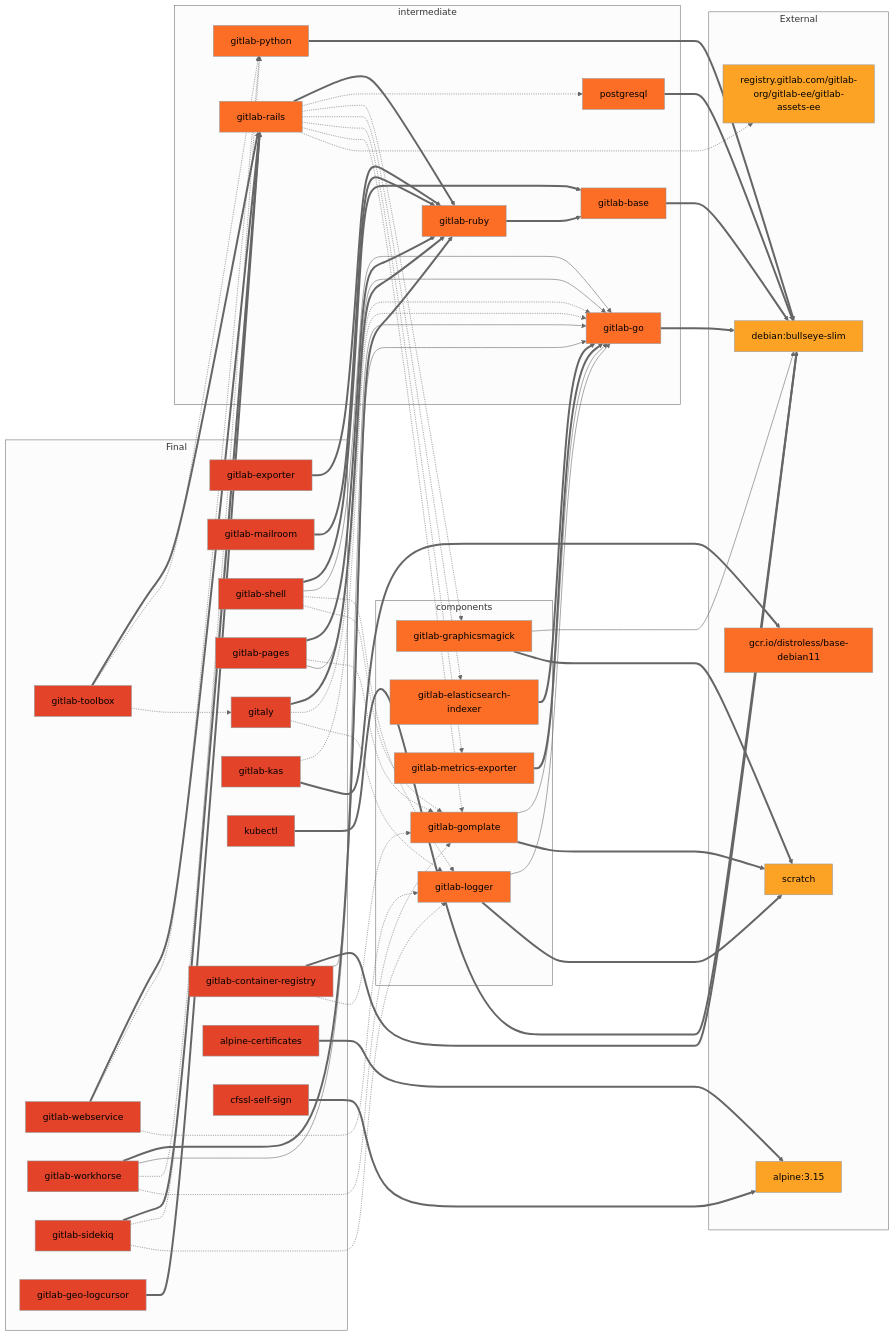
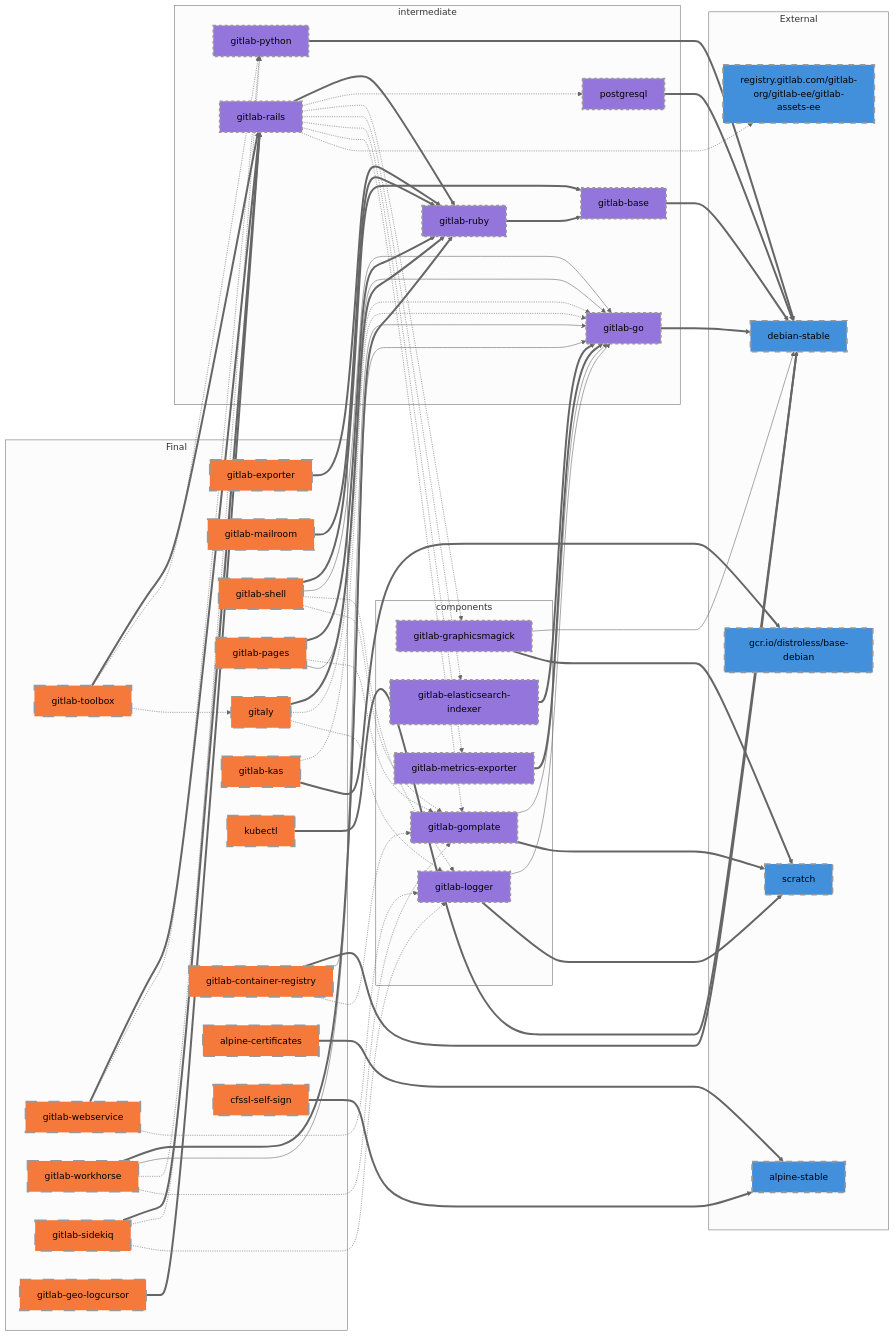
Before and after one commit to tachyons/gitlab-pages: the second of 2 diagrams in docs/build.md, drawn with Mermaid (neutral theme). The commit also changed other lines of this file and 32 other files, not shown here.

````diff
--- a/docs/build.md
+++ b/docs/build.md
@@ -339,20 +377,20 @@
 
   subgraph External;
     gitlab-assets[registry.gitlab.com/gitlab-org/gitlab-ee/gitlab-assets-ee]:::external;
-    alpine[alpine:3.15]:::external;
+    alpine-stable:::external;
     scratch[scratch]:::external;
-    debian[debian:bullseye-slim]:::external;
-    gcr.io/distroless/base-debian11
+    debian-stable:::external;
+    gcr.io/distroless/base-debian:::external;
   end
 
-  gitlab-go==>debian;
-  gitlab-base==>debian;
+  gitlab-go==>debian-stable;
+  gitlab-base==>debian-stable;
   gitlab-ruby==>gitlab-base;
 
-  postgresql==>debian;
-  kubectl==>debian;
-  cfssl-self-sign==>alpine;
-  alpine-certificates==>alpine;
+  postgresql==>debian-stable;
+  kubectl==>debian-stable;
+  cfssl-self-sign==>alpine-stable;
+  alpine-certificates==>alpine-stable;
 
   gitlab-logger-->gitlab-go;
   gitlab-logger==>scratch;
@@ -361,13 +399,13 @@
   gitlab-pages-.->gitlab-gomplate
   gitlab-pages-->gitlab-go
 
-  gitlab-graphicsmagick-->debian
+  gitlab-graphicsmagick-->debian-stable
   gitlab-graphicsmagick==>scratch
 
   gitlab-gomplate-->gitlab-go
   gitlab-gomplate==>scratch
 
-  gitlab-python==>debian;
+  gitlab-python==>debian-stable;
 
   gitlab-rails==>gitlab-ruby;
   gitlab-rails-.->postgresql;
@@ -408,9 +446,9 @@
   gitaly-.->gitlab-logger;
 
   gitlab-kas-.->gitlab-go;
-  gitlab-kas==>gcr.io/distroless/base-debian11
+  gitlab-kas==>gcr.io/distroless/base-debian
 
-  gitlab-container-registry==>debian
+  gitlab-container-registry==>debian-stable
   gitlab-container-registry-->gitlab-go
   gitlab-container-registry-.->gitlab-gomplate
 
@@ -419,7 +457,7 @@
   gitlab-workhorse-.->gitlab-rails
   gitlab-workhorse-.->gitlab-gomplate
 
-  classDef default fill:#fc6d26;
-  classDef external fill:#fca326;
-  classDef final fill:#e24329;
+  classDef default color:#000000, fill:#9475db, stroke-width:3, stroke-dasharray:5 5;
+  classDef external color:#000000, fill:#428fdc, stroke-width:3, stroke-dasharray:10 10;
+  classDef final color:#000000, fill:#f5793a, stroke-width:3, stroke-dasharray:20 20;
 ```
````
